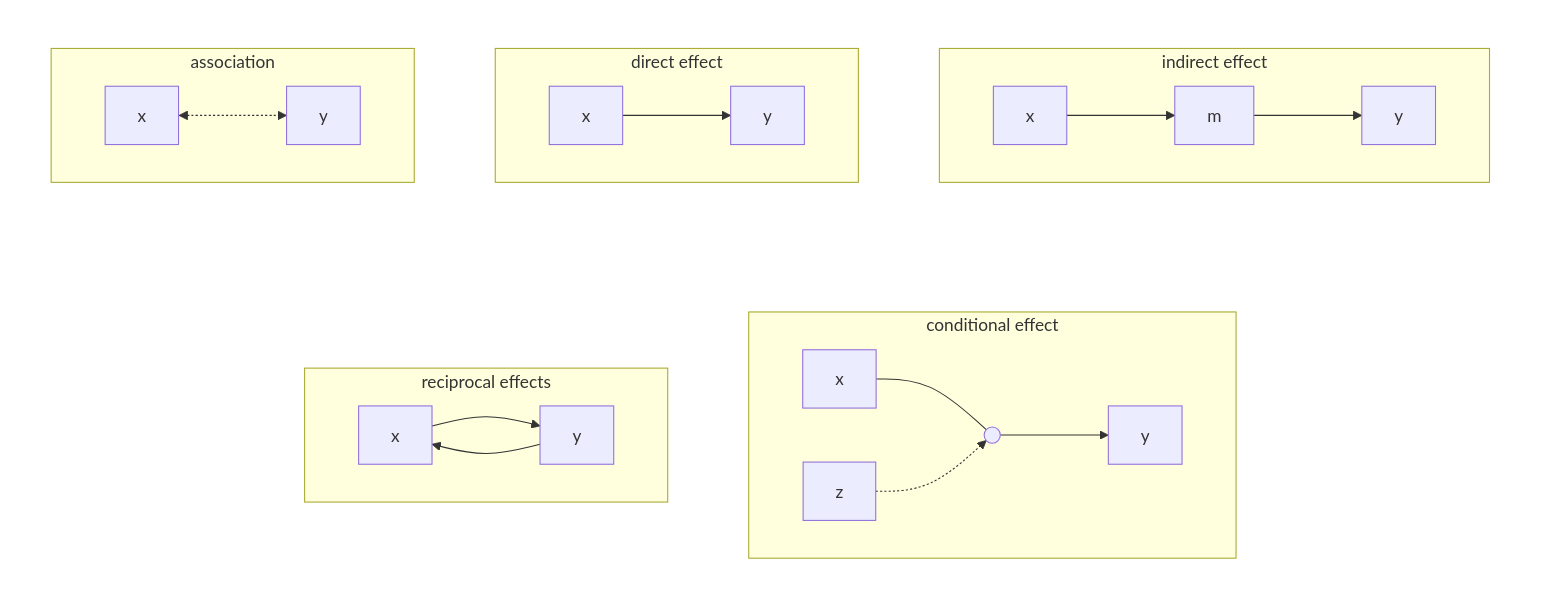
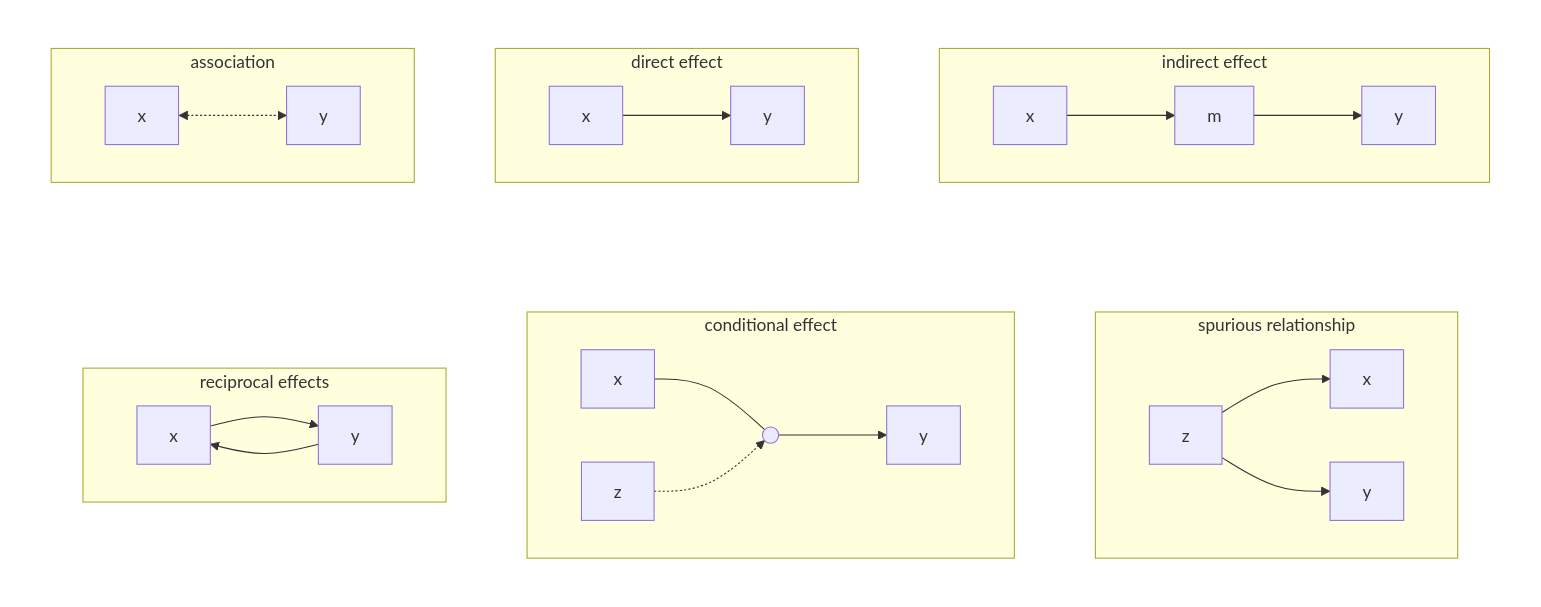
Before and after one commit to daob/stads-book: the diagram in diagrams/relationships.mmd, drawn with Mermaid. The commit also changed 28 other files, not shown here.

```diff
--- a/diagrams/relationships.mmd
+++ b/diagrams/relationships.mmd
@@ -1,35 +1,40 @@
 flowchart TB
   subgraph top[" "]
     direction LR
     subgraph a[" association "]
       direction LR
       X1[x] <-.-> Y1[y]
     end
     subgraph d[" direct effect "]
       direction LR
       X2[x] --> Y2[y]
     end
     subgraph i[" indirect effect "]
       direction LR
       X3[x] --> M3[m] --> Y3[y]
     end
     a ~~~ d ~~~ i
   end
   subgraph bottom[" "]
     direction LR
     subgraph r[" reciprocal effects "]
       direction LR
       X4[x] --> Y4[y]
       Y4 --> X4
     end
     subgraph c[" conditional effect "]
       direction LR
       X5[x] --- P5(( ))
       P5 --> Y5[y]
       Z5[z] -.-> P5
     end
-    r ~~~ c
+    subgraph sp[" spurious relationship "]
+      direction LR
+      Z6[z] --> X6[x]
+      Z6 --> Y6[y]
+    end
+    r ~~~ c ~~~ sp
   end
   top ~~~ bottom
   style top fill:none,stroke:none
   style bottom fill:none,stroke:none
```
